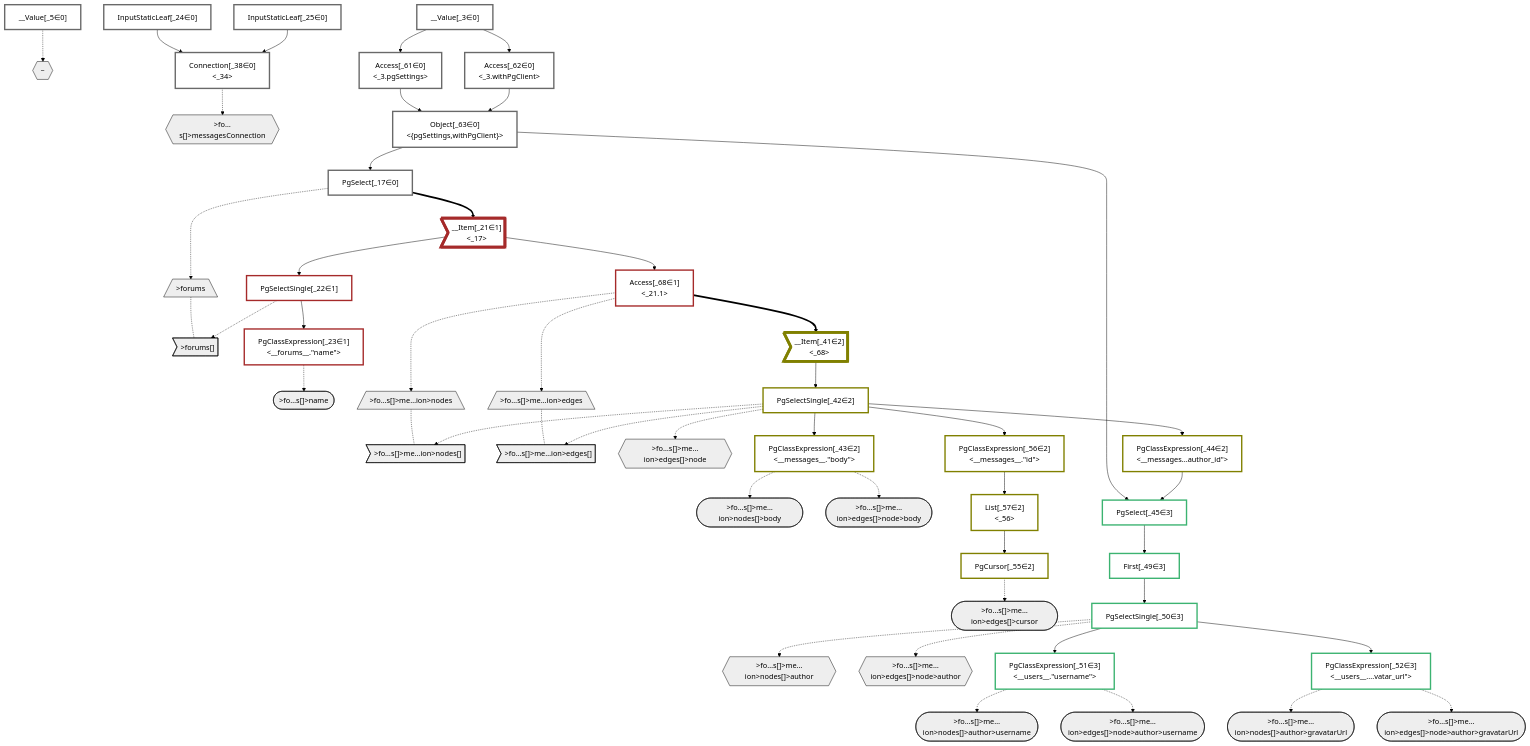
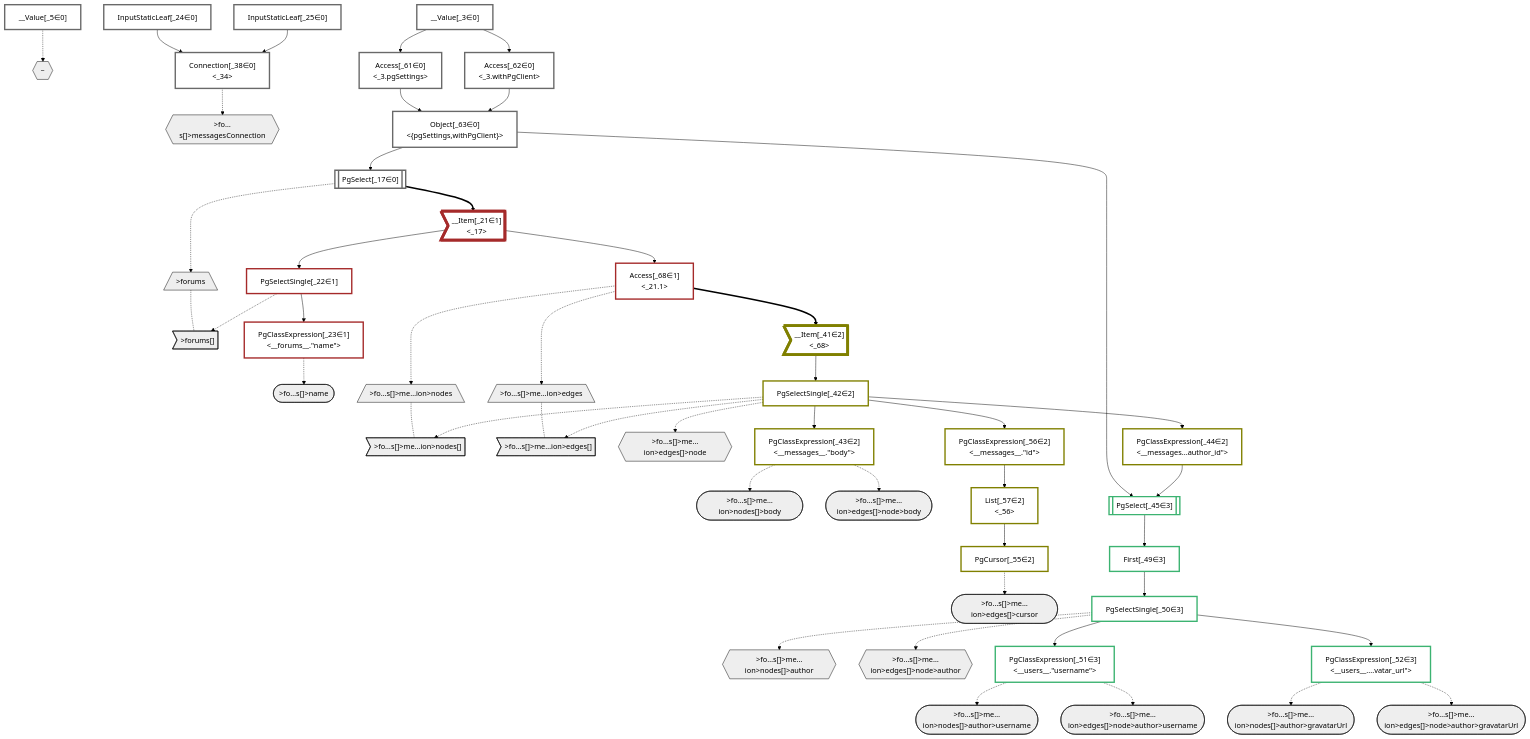
Before and after one commit to graphile/crystal: the diagram in packages/dataplan-pg/__tests__/queries/conditions/archived-forum-inherited-messages.defer-6.mermaid.md, drawn with Mermaid (forest theme). The commit also changed 195 other files, not shown here.

```diff
--- a/packages/dataplan-pg/__tests__/queries/conditions/archived-forum-inherited-messages.defer-6.mermaid.md
+++ b/packages/dataplan-pg/__tests__/queries/conditions/archived-forum-inherited-messages.defer-6.mermaid.md
@@ -48,7 +48,7 @@
     %% define plans
     __Value_3["__Value[_3∈0]<br /><context>"]:::plan
     __Value_5["__Value[_5∈0]<br /><rootValue>"]:::plan
-    PgSelect_17["PgSelect[_17∈0]<br /><forums>"]:::plan
+    PgSelect_17[["PgSelect[_17∈0]<br /><forums>"]]:::plan
     __Item_21>"__Item[_21∈1]<br /><_17>"]:::itemplan
     PgSelectSingle_22["PgSelectSingle[_22∈1]<br /><forums>"]:::plan
     PgClassExpression_23["PgClassExpression[_23∈1]<br /><__forums__.#quot;name#quot;>"]:::plan
@@ -59,7 +59,7 @@
     PgSelectSingle_42["PgSelectSingle[_42∈2]<br /><messages>"]:::plan
     PgClassExpression_43["PgClassExpression[_43∈2]<br /><__messages__.#quot;body#quot;>"]:::plan
     PgClassExpression_44["PgClassExpression[_44∈2]<br /><__messages...author_id#quot;>"]:::plan
-    PgSelect_45["PgSelect[_45∈3]<br /><users>"]:::plan
+    PgSelect_45[["PgSelect[_45∈3]<br /><users>"]]:::plan
     First_49["First[_49∈3]"]:::plan
     PgSelectSingle_50["PgSelectSingle[_50∈3]<br /><users>"]:::plan
     PgClassExpression_51["PgClassExpression[_51∈3]<br /><__users__.#quot;username#quot;>"]:::plan
```
